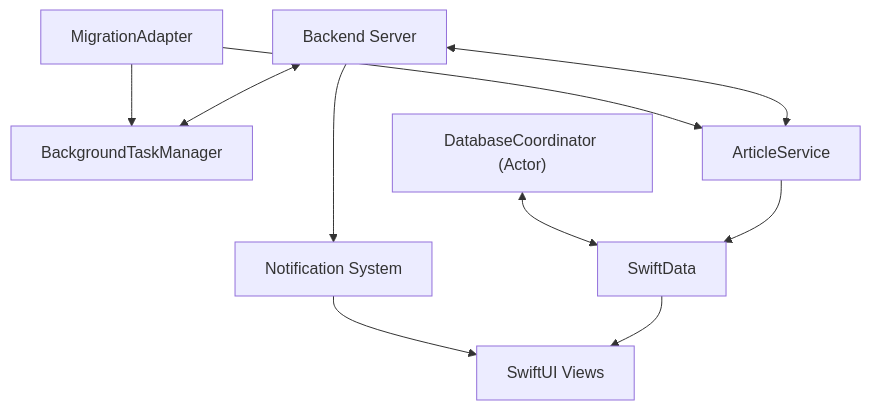
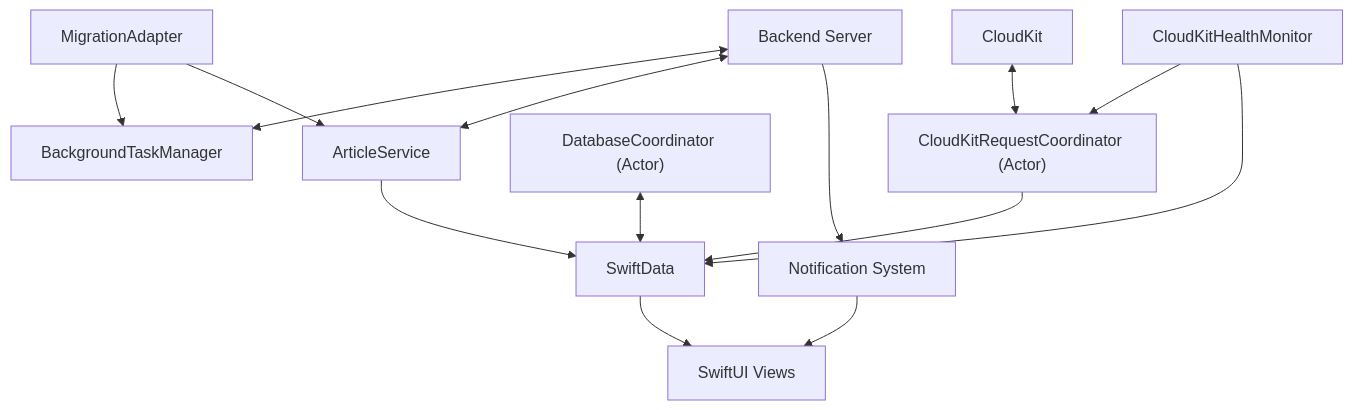
Before and after one commit to jeremyandrews/Argus-app: the first of 13 diagrams in memory-bank/systemPatterns.md, drawn with Mermaid. The commit also changed other lines of this file and 7 other files, not shown here.

````diff
--- a/memory-bank/systemPatterns.md
+++ b/memory-bank/systemPatterns.md
@@ -10,21 +11,30 @@
 ```mermaid
 flowchart TD
     Backend["Backend Server"]
     BGTaskManager["BackgroundTaskManager"]
     ArticleSvc["ArticleService"]
     MigAdapter["MigrationAdapter"]
     DbCoord["DatabaseCoordinator (Actor)"]
     LocalStorage["SwiftData"]
     NotificationSystem["Notification System"]
     UI["SwiftUI Views"]
     
+    CloudKitHM["CloudKitHealthMonitor"]
+    CloudKitRC["CloudKitRequestCoordinator (Actor)"]
+    CloudKit["CloudKit"]
+    
     Backend <--> BGTaskManager
     Backend <--> ArticleSvc
     MigAdapter --> BGTaskManager
     MigAdapter --> ArticleSvc
     ArticleSvc --> LocalStorage
     DbCoord <--> LocalStorage
     LocalStorage --> UI
     Backend --> NotificationSystem
     NotificationSystem --> UI
+    
+    CloudKit <--> CloudKitRC
+    CloudKitRC --> LocalStorage
+    CloudKitHM --> CloudKitRC
+    CloudKitHM --> LocalStorage
 ```
````
